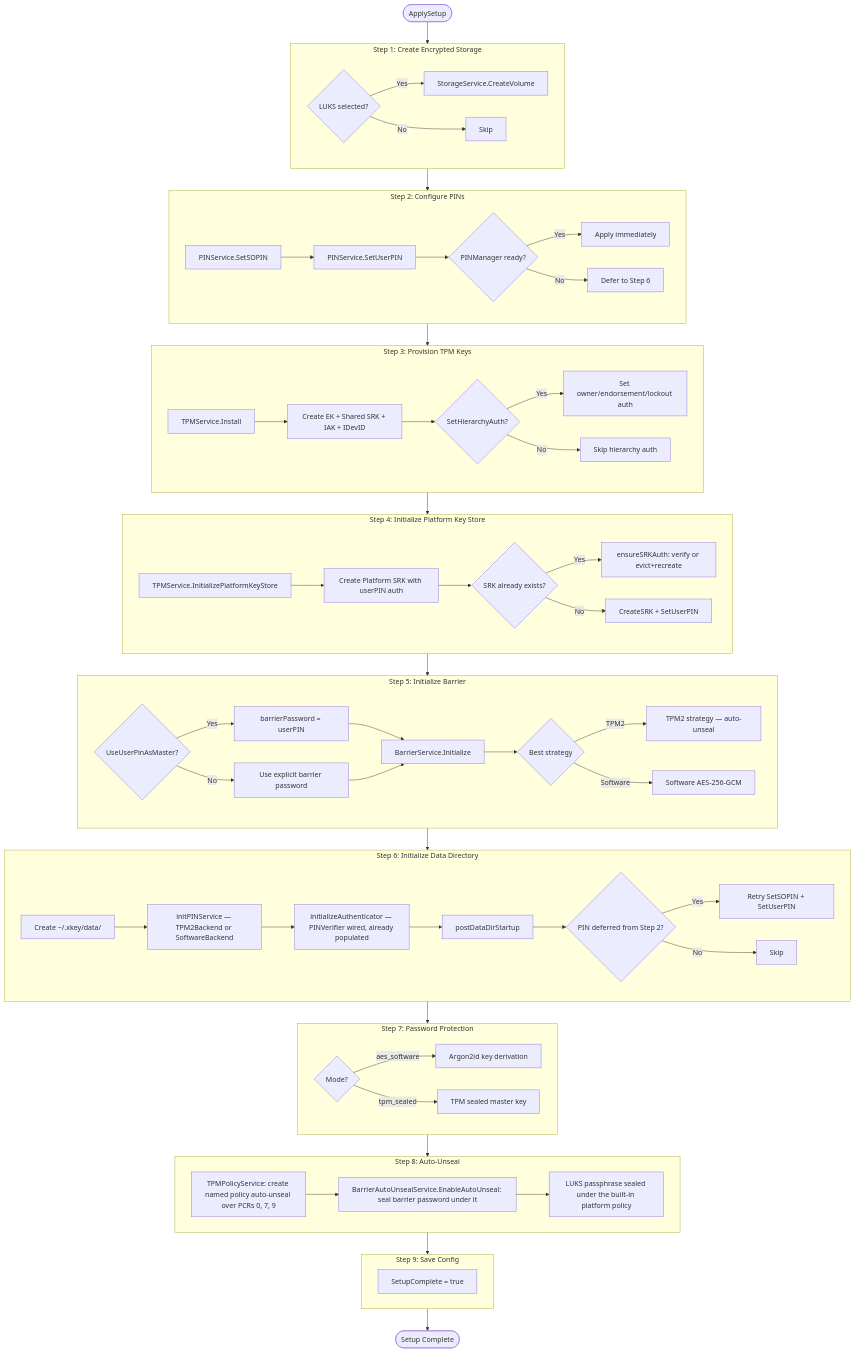
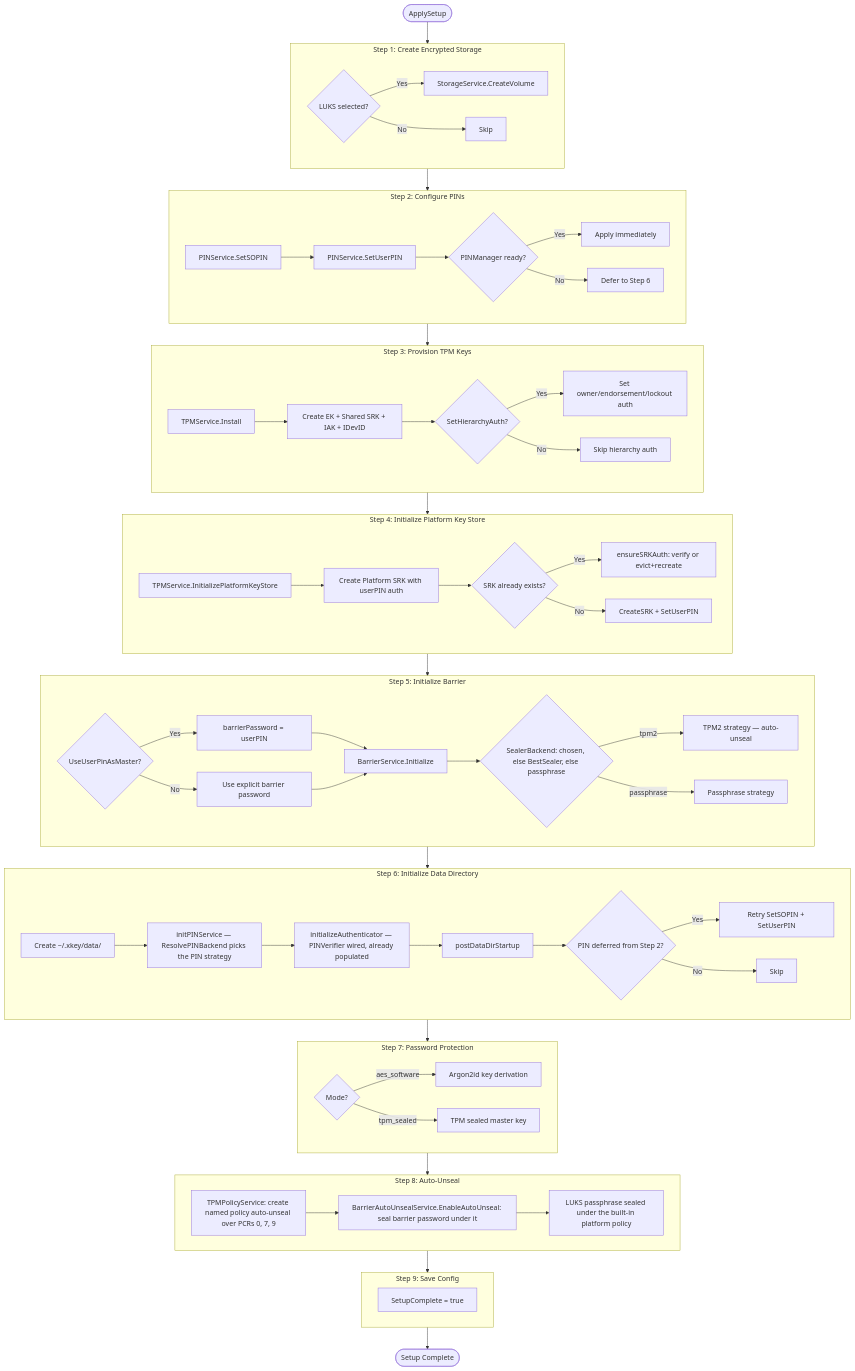
One commit to jeremyhahn/go-xkms changed the first of 5 diagrams in xkey/docs/architecture/setup-and-unlock-flow.md. Above: the diagram before and after it, drawn with Mermaid. The commit also changed other lines of this file and 97 other files, not shown here.

````diff
--- a/xkey/docs/architecture/setup-and-unlock-flow.md
+++ b/xkey/docs/architecture/setup-and-unlock-flow.md
@@ -12,69 +15,69 @@
 ```mermaid
 flowchart TD
     START([ApplySetup]) --> S1
 
     subgraph S1["Step 1: Create Encrypted Storage"]
         S1A{LUKS selected?}
         S1A -->|Yes| S1B[StorageService.CreateVolume]
         S1A -->|No| S1C[Skip]
     end
 
     subgraph S2["Step 2: Configure PINs"]
         S2A[PINService.SetSOPIN] --> S2B[PINService.SetUserPIN]
         S2B --> S2C{PINManager ready?}
         S2C -->|Yes| S2D[Apply immediately]
         S2C -->|No| S2E[Defer to Step 6]
     end
 
     subgraph S3["Step 3: Provision TPM Keys"]
         S3A[TPMService.Install] --> S3B[Create EK + Shared SRK + IAK + IDevID]
         S3B --> S3C{SetHierarchyAuth?}
         S3C -->|Yes| S3D[Set owner/endorsement/lockout auth]
         S3C -->|No| S3E[Skip hierarchy auth]
     end
 
     subgraph S4["Step 4: Initialize Platform Key Store"]
         S4A[TPMService.InitializePlatformKeyStore] --> S4B[Create Platform SRK with userPIN auth]
         S4B --> S4C{SRK already exists?}
         S4C -->|Yes| S4D[ensureSRKAuth: verify or evict+recreate]
         S4C -->|No| S4E[CreateSRK + SetUserPIN]
     end
 
     subgraph S5["Step 5: Initialize Barrier"]
         S5A{UseUserPinAsMaster?}
         S5A -->|Yes| S5B[barrierPassword = userPIN]
         S5A -->|No| S5C[Use explicit barrier password]
         S5B & S5C --> S5D[BarrierService.Initialize]
-        S5D --> S5E{Best strategy}
-        S5E -->|TPM2| S5F[TPM2 strategy — auto-unseal]
-        S5E -->|Software| S5G[Software AES-256-GCM]
+        S5D --> S5E{SealerBackend: chosen, else BestSealer, else passphrase}
+        S5E -->|tpm2| S5F[TPM2 strategy — auto-unseal]
+        S5E -->|passphrase| S5G[Passphrase strategy]
     end
 
     subgraph S6["Step 6: Initialize Data Directory"]
-        S6A["Create ~/.xkey/data/"] --> S6B[initPINService — TPM2Backend or SoftwareBackend]
+        S6A["Create ~/.xkey/data/"] --> S6B[initPINService — ResolvePINBackend picks the PIN strategy]
         S6B --> S6C[initializeAuthenticator — PINVerifier wired, already populated]
         S6C --> S6G[postDataDirStartup]
         S6G --> S6D{PIN deferred from Step 2?}
         S6D -->|Yes| S6E[Retry SetSOPIN + SetUserPIN]
         S6D -->|No| S6F[Skip]
     end
 
     subgraph S7["Step 7: Password Protection"]
         S7A{Mode?}
         S7A -->|aes_software| S7B[Argon2id key derivation]
         S7A -->|tpm_sealed| S7C[TPM sealed master key]
     end
 
     subgraph S8["Step 8: Auto-Unseal"]
         S8A[TPMPolicyService: create named policy auto-unseal over PCRs 0, 7, 9]
         S8A --> S8B[BarrierAutoUnsealService.EnableAutoUnseal: seal barrier password under it]
         S8B --> S8C[LUKS passphrase sealed under the built-in platform policy]
     end
 
     subgraph S9["Step 9: Save Config"]
         S9A[SetupComplete = true]
     end
 
     S1 --> S2 --> S3 --> S4 --> S5 --> S6 --> S7 --> S8 --> S9
     S9 --> DONE([Setup Complete])
 ```
````
